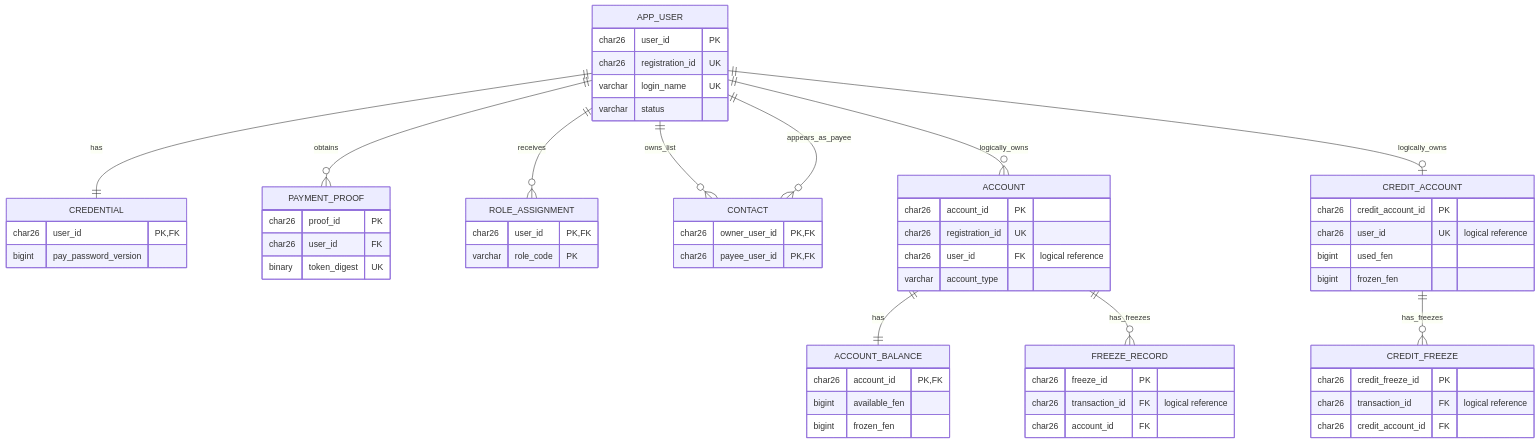
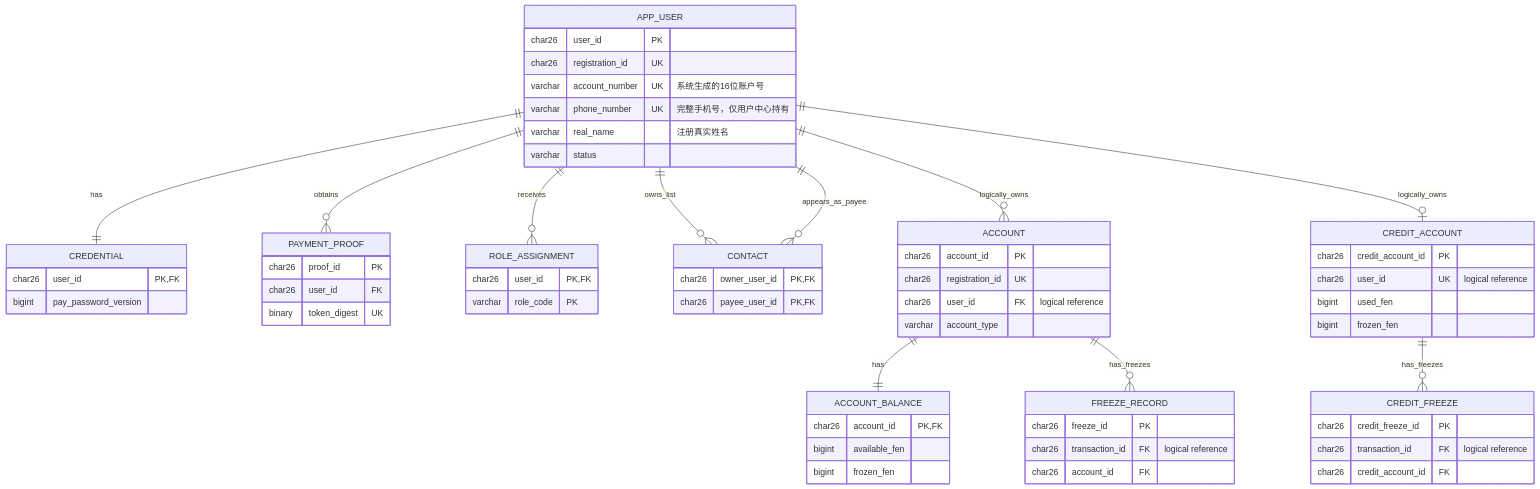
The first of 7 diagrams in docs/minialalipay/minialalipay-database-design.md (JN6565/MiniAlalipay), drawn with Mermaid before and after one commit. The commit also changed other lines of this file and 42 other files, not shown here.

````diff
--- a/docs/minialalipay/minialalipay-database-design.md
+++ b/docs/minialalipay/minialalipay-database-design.md
@@ -107,65 +107,67 @@
 ```mermaid
 erDiagram
     APP_USER ||--|| CREDENTIAL : has
     APP_USER ||--o{ PAYMENT_PROOF : obtains
     APP_USER ||--o{ ROLE_ASSIGNMENT : receives
     APP_USER ||--o{ CONTACT : owns_list
     APP_USER ||--o{ CONTACT : appears_as_payee
 
     APP_USER ||--o{ ACCOUNT : logically_owns
     ACCOUNT ||--|| ACCOUNT_BALANCE : has
     ACCOUNT ||--o{ FREEZE_RECORD : has_freezes
     APP_USER ||--o| CREDIT_ACCOUNT : logically_owns
     CREDIT_ACCOUNT ||--o{ CREDIT_FREEZE : has_freezes
 
     APP_USER {
         char26 user_id PK
         char26 registration_id UK
-        varchar login_name UK
+        varchar account_number UK "系统生成的16位账户号"
+        varchar phone_number UK "完整手机号，仅用户中心持有"
+        varchar real_name "注册真实姓名"
         varchar status
     }
     CREDENTIAL {
         char26 user_id PK, FK
         bigint pay_password_version
     }
     PAYMENT_PROOF {
         char26 proof_id PK
         char26 user_id FK
         binary token_digest UK
     }
     CONTACT {
         char26 owner_user_id PK, FK
         char26 payee_user_id PK, FK
     }
     ROLE_ASSIGNMENT {
         char26 user_id PK, FK
         varchar role_code PK
     }
     ACCOUNT {
         char26 account_id PK
         char26 registration_id UK
         char26 user_id FK "logical reference"
         varchar account_type
     }
     ACCOUNT_BALANCE {
         char26 account_id PK, FK
         bigint available_fen
         bigint frozen_fen
     }
     FREEZE_RECORD {
         char26 freeze_id PK
         char26 transaction_id FK "logical reference"
         char26 account_id FK
     }
     CREDIT_ACCOUNT {
         char26 credit_account_id PK
         char26 user_id UK "logical reference"
         bigint used_fen
         bigint frozen_fen
     }
     CREDIT_FREEZE {
         char26 credit_freeze_id PK
         char26 transaction_id FK "logical reference"
         char26 credit_account_id FK
     }
 ```
````
